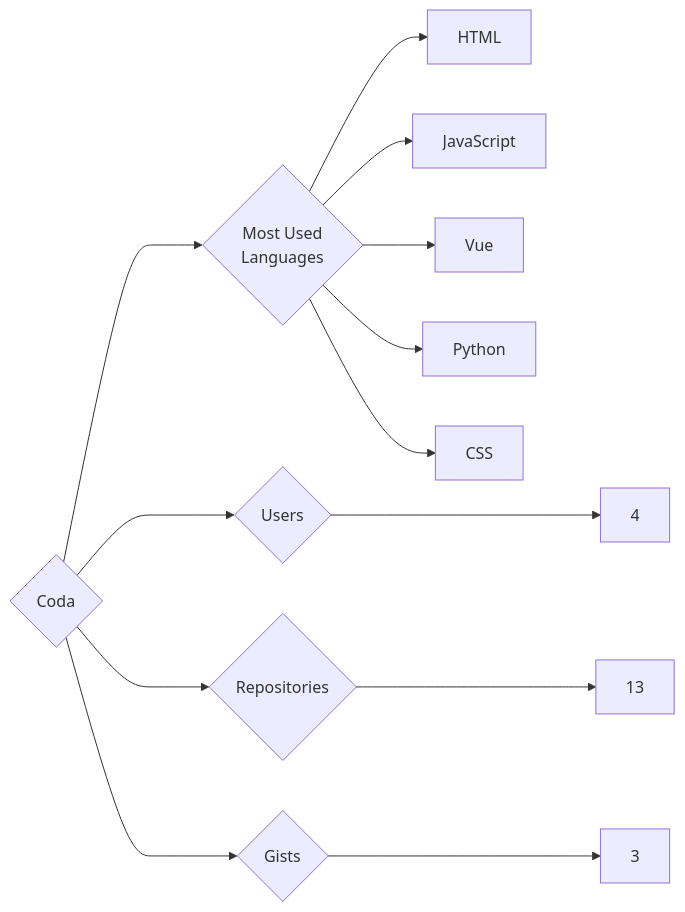
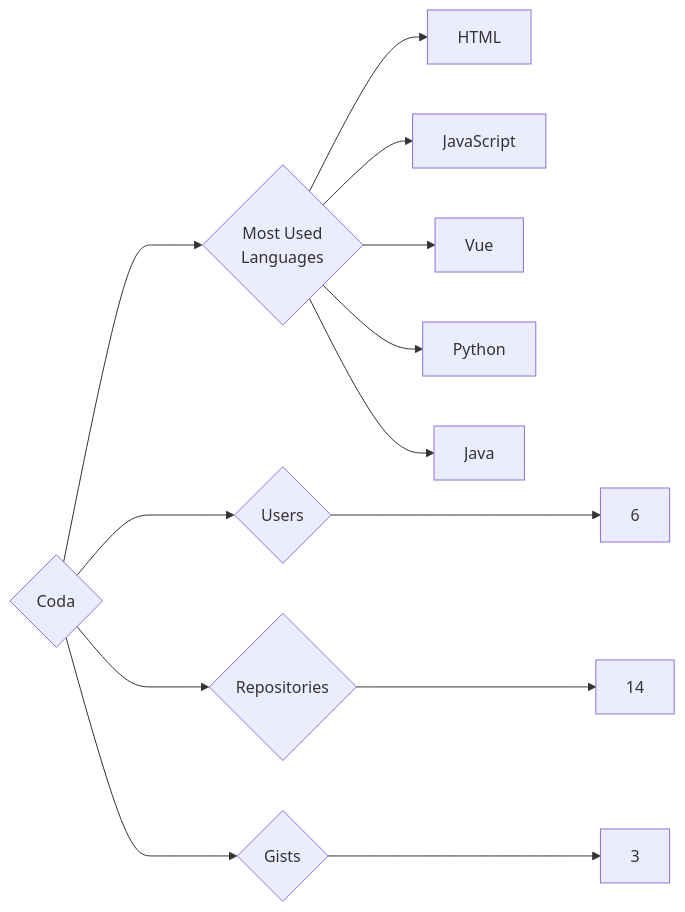
The diagram in targets/Coda/README.md (trickest/insiders), drawn with Mermaid before and after one commit. The commit also changed 776 other files, not shown here.

````diff
--- a/targets/Coda/README.md
+++ b/targets/Coda/README.md
@@ -3,13 +3,13 @@
 ```mermaid
 graph LR
 COMPANY_NAME{Coda}
-COMPANY_NAME ---> U{Users} ---> UN[4]
-COMPANY_NAME ---> R{Repositories} ---> RN[13]
+COMPANY_NAME ---> U{Users} ---> UN[6]
+COMPANY_NAME ---> R{Repositories} ---> RN[14]
 COMPANY_NAME ---> G{Gists} ---> GN[3]
 COMPANY_NAME ---> ML{Most Used<br>Languages}
 ML --> HTML[HTML]
 ML --> JavaScript[JavaScript]
 ML --> Vue[Vue]
 ML --> Python[Python]
-ML --> CSS[CSS]
+ML --> Java[Java]
 ```
````
